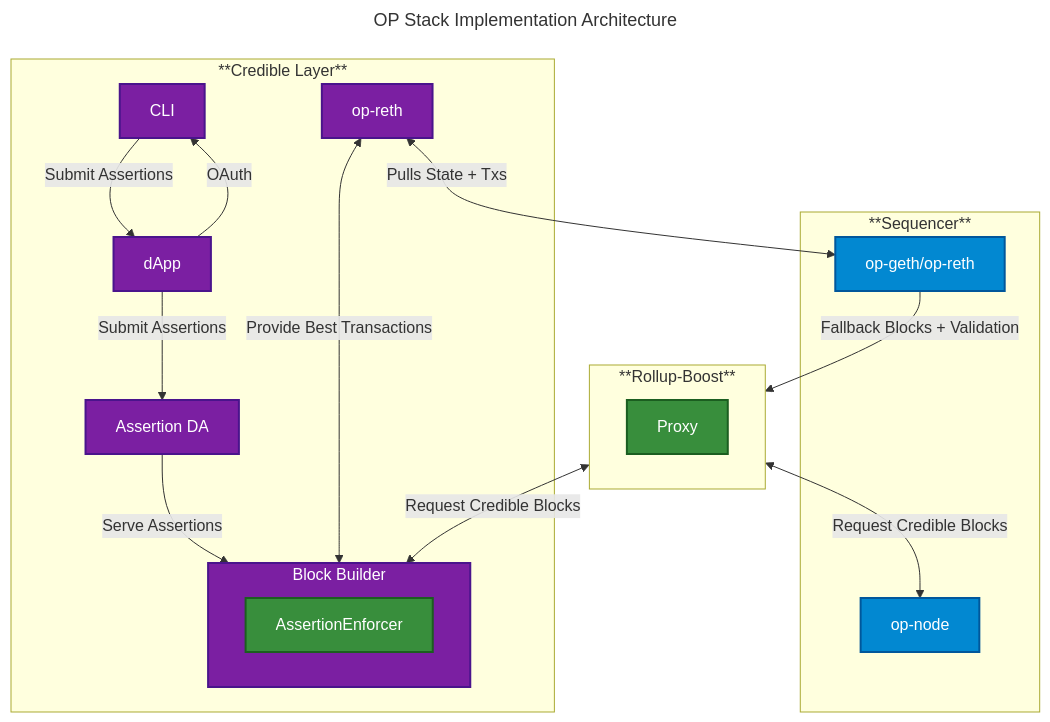
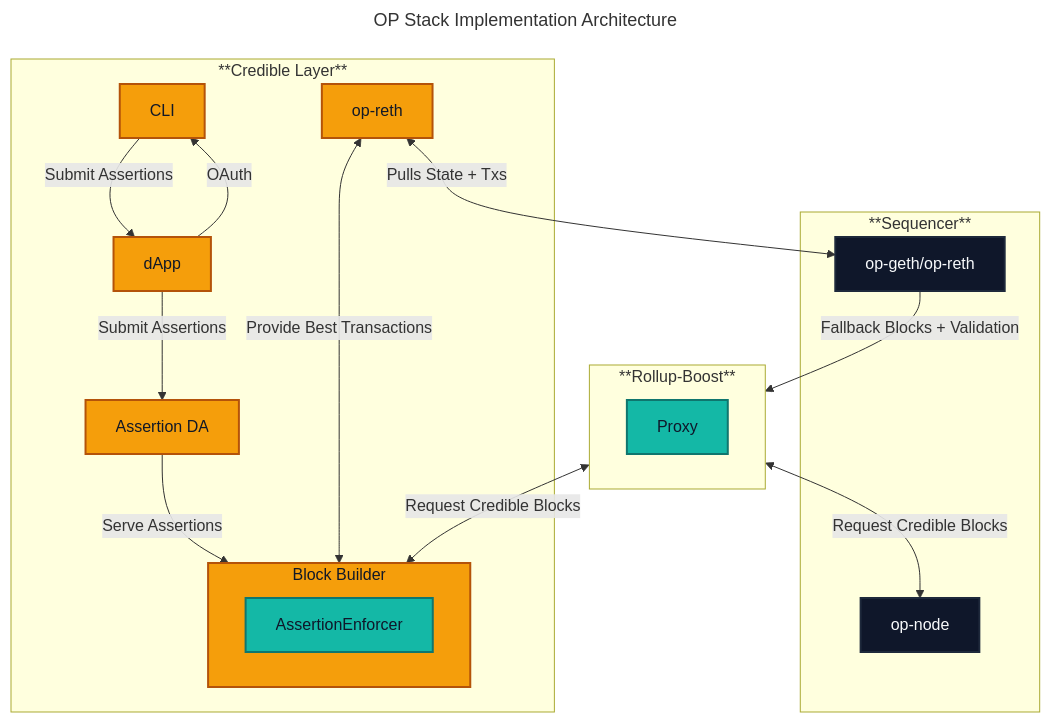
One commit to phylaxsystems/phylax-docs changed the diagram in credible/architecture-op-stack.mdx. Above: the diagram before and after it, drawn with Mermaid.

Commit message:
Refresh OP Stack diagram colors

````diff
--- a/credible/architecture-op-stack.mdx
+++ b/credible/architecture-op-stack.mdx
@@ -18,45 +18,45 @@
 ```mermaid
 ---
 title: OP Stack Implementation Architecture
 ---
 flowchart TD
 
-classDef sequencer fill:#0288d1,stroke:#01579b,stroke-width:2px,color:#fff
-classDef credible fill:#7b1fa2,stroke:#4a148c,stroke-width:2px,color:#fff
-classDef rollupBoost fill:#388e3c,stroke:#1b5e20,stroke-width:2px,color:#fff
+classDef sequencer fill:#0f172a,stroke:#1e293b,stroke-width:2px,color:#f8fafc
+classDef credible fill:#f59e0b,stroke:#b45309,stroke-width:2px,color:#111827
+classDef rollupBoost fill:#14b8a6,stroke:#0f766e,stroke-width:2px,color:#0f172a
 
 subgraph Sequencer[**Sequencer**]
     SequencerCL[op-node]
     SequencerEL[op-geth/op-reth]
 end
 
 subgraph CredibleLayer[**Credible Layer**]
     AssertionEnforcerEL[op-reth]
     AssertionEnforcerCLI[CLI]
     AssertionEnforcerDapp[dApp]
     AssertionDA[Assertion DA]
     subgraph AssertionEnforcerBlockBuilder[Block Builder]
         AssertionEnforcer
     end
 end
 
 subgraph RollupBoost[**Rollup-Boost**]
     RollupBoostProxy[Proxy]
 end
 
 SequencerEL --> |Fallback Blocks + Validation| RollupBoost
 
 AssertionDA --> |Serve Assertions| AssertionEnforcerBlockBuilder
 AssertionEnforcerCLI --> |Submit Assertions| AssertionEnforcerDapp
 AssertionEnforcerDapp --> |OAuth| AssertionEnforcerCLI
 AssertionEnforcerDapp --> |Submit Assertions| AssertionDA
 
 AssertionEnforcerEL <--> |Pulls State + Txs| SequencerEL
 AssertionEnforcerEL <--> |Provide Best Transactions| AssertionEnforcerBlockBuilder
 RollupBoost <--> |Request Credible Blocks| AssertionEnforcerBlockBuilder
 RollupBoost <--> |Request Credible Blocks| SequencerCL
 
 class SequencerCL,SequencerEL sequencer
 class AssertionEnforcerBlockBuilder,AssertionEnforcerEL,AssertionEnforcerCLI,AssertionEnforcerDapp,AssertionDA credible
 class RollupBoostProxy,AssertionEnforcer rollupBoost
 ```
````
